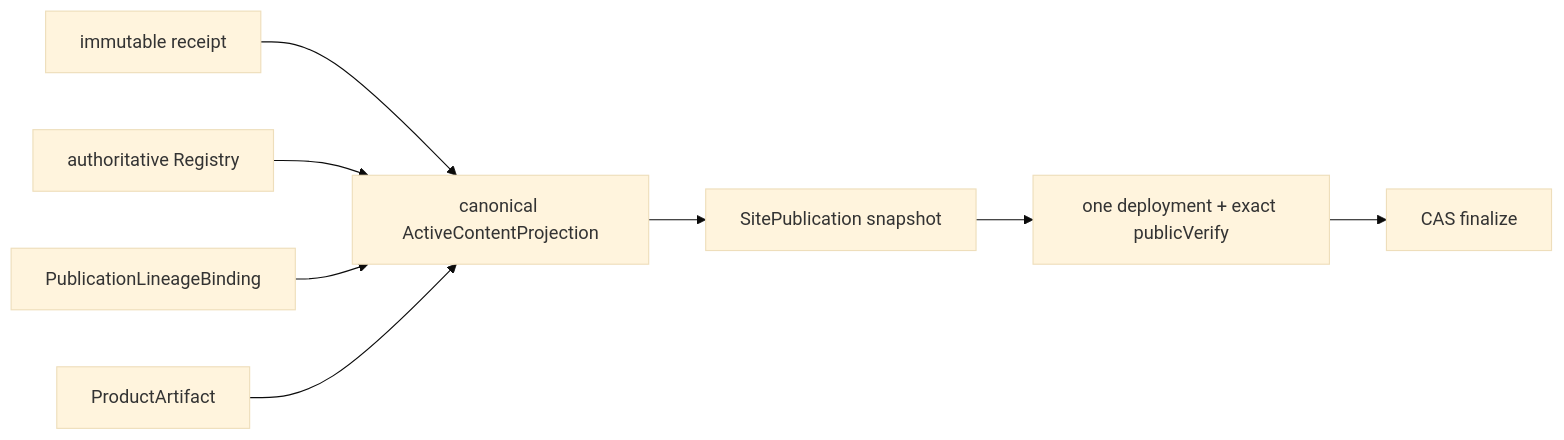
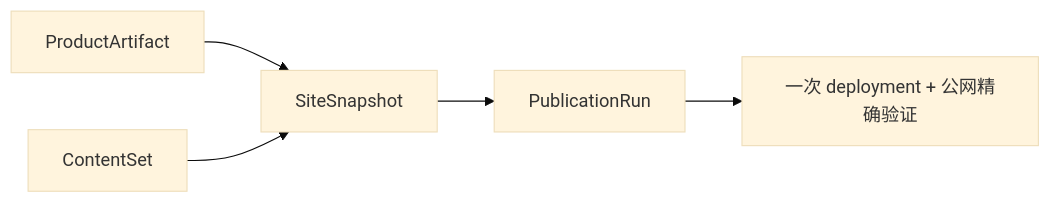
The diagram in docs/iterations/current.md (Chizheng4/xingbuild), drawn with Mermaid (base theme) before and after one commit. The commit also changed other lines of this file and 36 other files, not shown here.

Commit message:
feat: rebuild ContentSet publication kernel

````diff
--- a/docs/iterations/current.md
+++ b/docs/iterations/current.md
@@ -17,10 +15,7 @@
 ```mermaid
 flowchart LR
-    A[immutable receipt] --> B[canonical ActiveContentProjection]
-    R[authoritative Registry] --> B
-    L[PublicationLineageBinding] --> B
-    P[ProductArtifact] --> B
-    B --> C[SitePublication snapshot]
-    C --> D[one deployment + exact publicVerify]
-    D --> E[CAS finalize]
+  A[ProductArtifact] --> C[SiteSnapshot]
+  B[ContentSet] --> C
+  C --> D[PublicationRun]
+  D --> E[一次 deployment + 公网精确验证]
 ```
````
